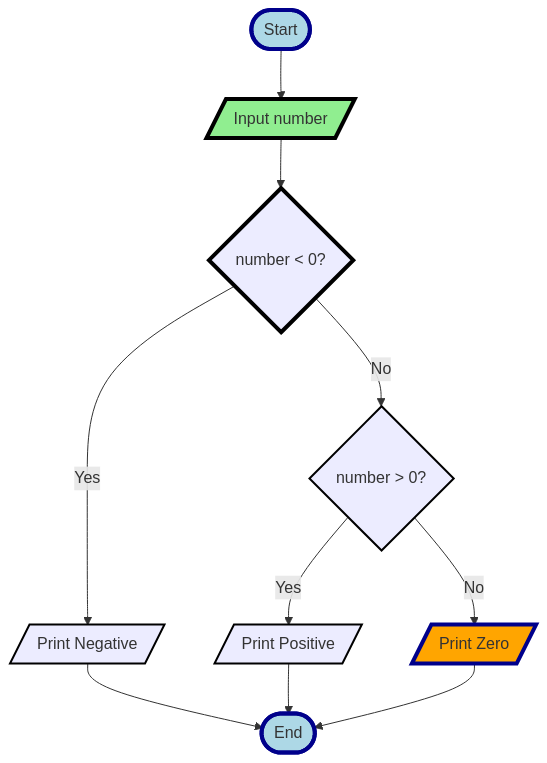
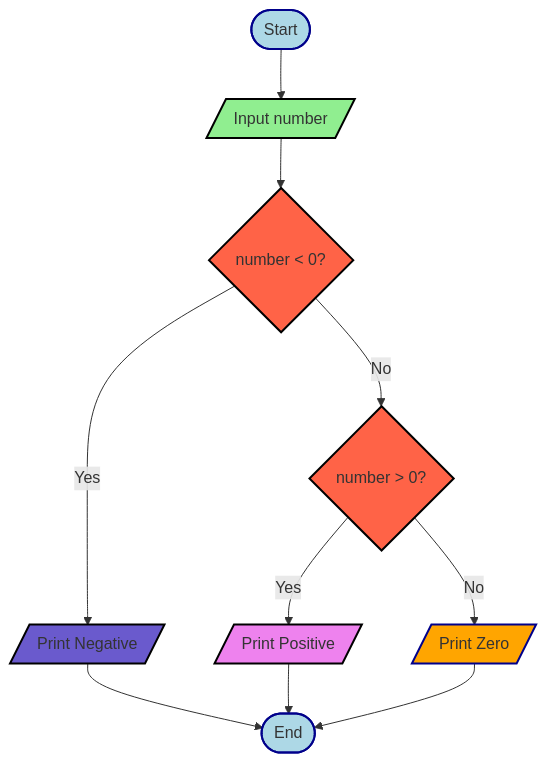
Before and after one commit to Halamohamed/Workshops-Algorithm-Flowchart: the third of 3 diagrams in mermaid.md, drawn with Mermaid. The commit also changed other lines of this file, not shown here.

````diff
--- a/mermaid.md
+++ b/mermaid.md
@@ -49,20 +49,20 @@
 ``` mermaid
 flowchart TD
     A([Start]) --> B[/Input number/]
-    style A fill:lightblue,stroke:darkblue,stroke-width:4px,shadow:shadow
+    style A fill:lightblue,stroke:darkblue,stroke-width:2px,shadow:shadow
     B --> C{ number < 0? }
-    style B fill:lightgreen,stroke:black,stroke-width:4px,shadow:shadow
+    style B fill:lightgreen,stroke:black,stroke-width:2px,shadow:shadow
     C --> |No| D{ number > 0? }
-    style C fill:lightorange,stroke:black,stroke-width:4px,shadow:shadow
+    style C fill:tomato,stroke:black,stroke-width:2px,shadow:shadow
     C --> |Yes| E[/Print Negative/]
     D --> |Yes| F[/Print Positive/]
     D --> |No| G[/Print Zero/]
     E --> S([End])
     F --> S([End])
     G --> S([End])
-    style D fill:lightred,stroke:black,stroke-width:2px,shadow:shadow
-    style E fill:lighttrcoas,stroke:black,stroke-width:2px,shadow:shadow
-    style F fill:lightpurple,stroke:black,stroke-width:2px,shadow:shadow
-    style G fill:orange,stroke:darkblue,stroke-width:4px,shadow:shadow
-    style S fill:lightblue,stroke:darkblue,stroke-width:4px,shadow:shadow
+    style D fill:tomato,stroke:black,stroke-width:2px,shadow:shadow
+    style E fill:slateBlue,stroke:black,stroke-width:2px,shadow:shadow
+    style F fill:violet,stroke:black,stroke-width:2px,shadow:shadow
+    style G fill:orange,stroke:darkblue,stroke-width:2px,shadow:shadow
+    style S fill:lightblue,stroke:darkblue,stroke-width:2px,shadow:shadow
 ```
````
